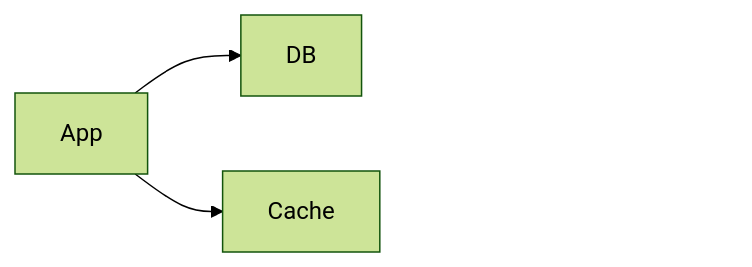
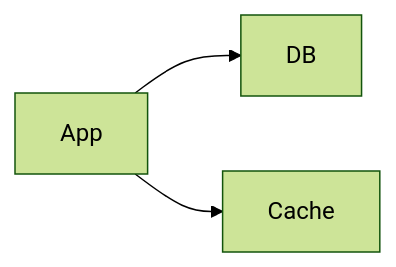
Before and after one commit to ArpanMaheshwari144/Prep: the first of 8 diagrams in 04_HLD/SYSTEM_DESIGNS/10_distributed_cache/10_distributed_cache.md, drawn with Mermaid (forest theme). The commit also changed other lines of this file and 182 other files, not shown here.

Commit message:
hld 14 file: har diagram mermaid-cli se SVG image (source details me), n_pad hataya, render tool 04_HLD/tools

````diff
--- a/04_HLD/SYSTEM_DESIGNS/10_distributed_cache/10_distributed_cache.md
+++ b/04_HLD/SYSTEM_DESIGNS/10_distributed_cache/10_distributed_cache.md
@@ -71,12 +75,9 @@
 ```mermaid
 %%{init: {"flowchart": {"wrappingWidth": 450}}}%%
 flowchart LR
     n_App["App"]
     n_DB["DB"]
     n_Cache["Cache"]
     n_App --> n_DB
     n_App --> n_Cache
-    n_pad["xxxxxxxxxxxxxxxx"]
-    n_Cache ~~~ n_pad
-    style n_pad fill:none,stroke:none,color:#ffffff00
 ```
````
